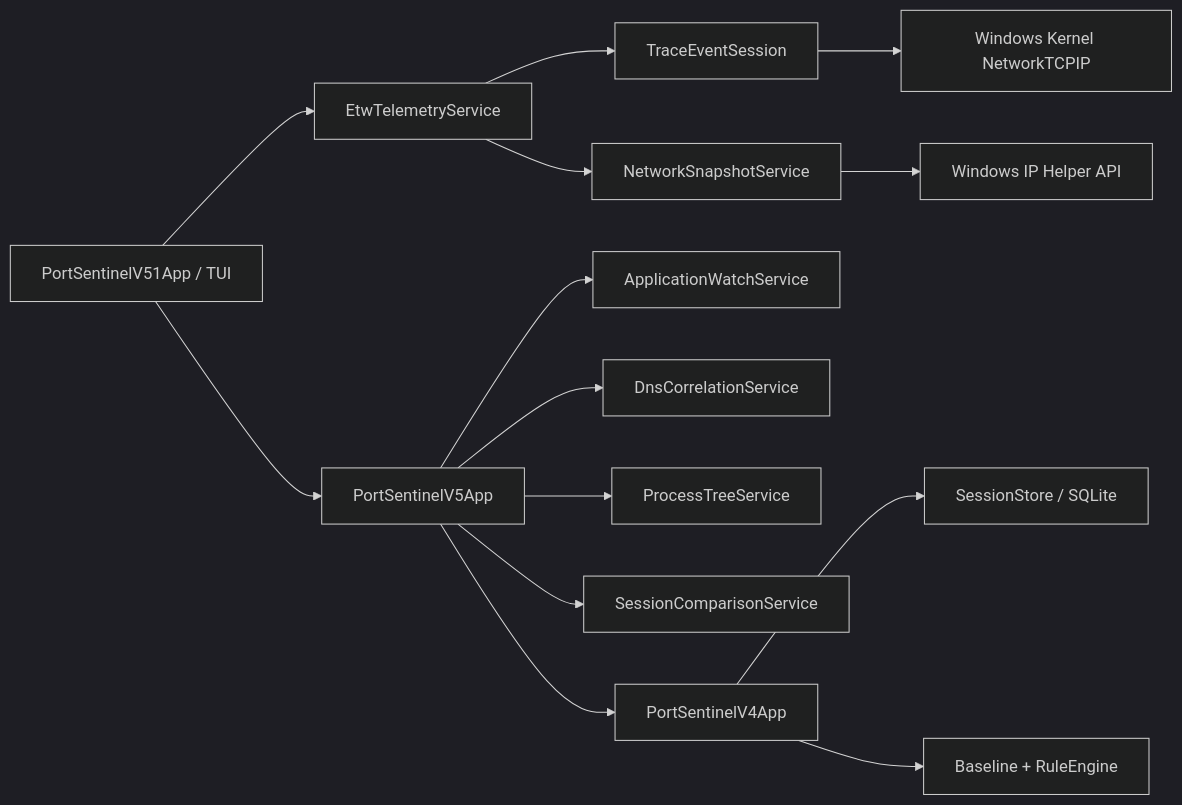
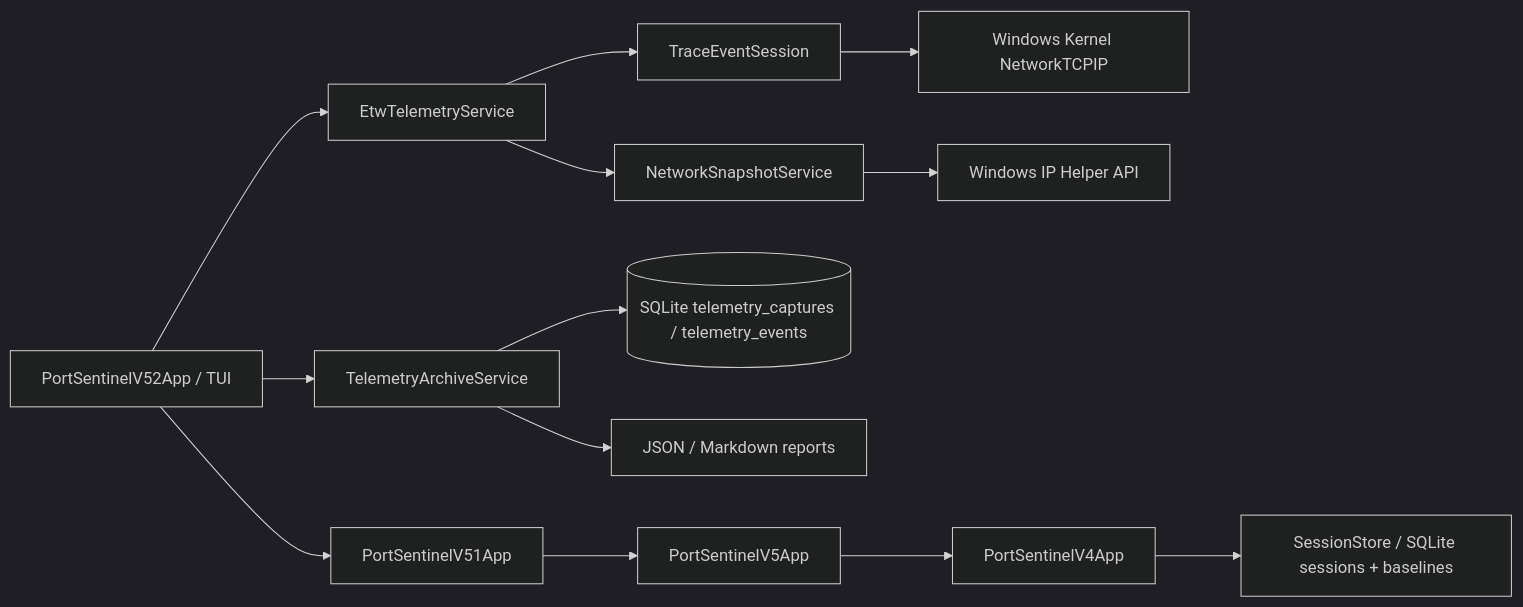
One commit to Onmaynec/PortSentinel changed the diagram in docs/ARCHITECTURE.md. Above: the diagram before and after it, drawn with Mermaid (dark theme). The commit also changed other lines of this file, not shown here.

Commit message:
docs(architecture): describe telemetry archive layer

````diff
--- a/docs/ARCHITECTURE.md
+++ b/docs/ARCHITECTURE.md
@@ -5,16 +5,15 @@
 ```mermaid
 flowchart LR
-    UI[PortSentinelV51App / TUI] --> ETW[EtwTelemetryService]
+    UI[PortSentinelV52App / TUI] --> ETW[EtwTelemetryService]
     ETW --> TRACE[TraceEventSession]
     TRACE --> KERNEL[Windows Kernel NetworkTCPIP]
     ETW --> FALLBACK[NetworkSnapshotService]
     FALLBACK --> IPH[Windows IP Helper API]
-    UI --> V5[PortSentinelV5App]
-    V5 --> WATCH[ApplicationWatchService]
-    V5 --> DNS[DnsCorrelationService]
-    V5 --> TREE[ProcessTreeService]
-    V5 --> DIFF[SessionComparisonService]
+    UI --> ARCHIVE[TelemetryArchiveService]
+    ARCHIVE --> DB[(SQLite telemetry_captures / telemetry_events)]
+    ARCHIVE --> REPORTS[JSON / Markdown reports]
+    UI --> V51[PortSentinelV51App]
+    V51 --> V5[PortSentinelV5App]
     V5 --> V4[PortSentinelV4App]
-    V4 --> STORE[SessionStore / SQLite]
-    V4 --> RULES[Baseline + RuleEngine]
+    V4 --> STORE[SessionStore / SQLite sessions + baselines]
 ```
````
